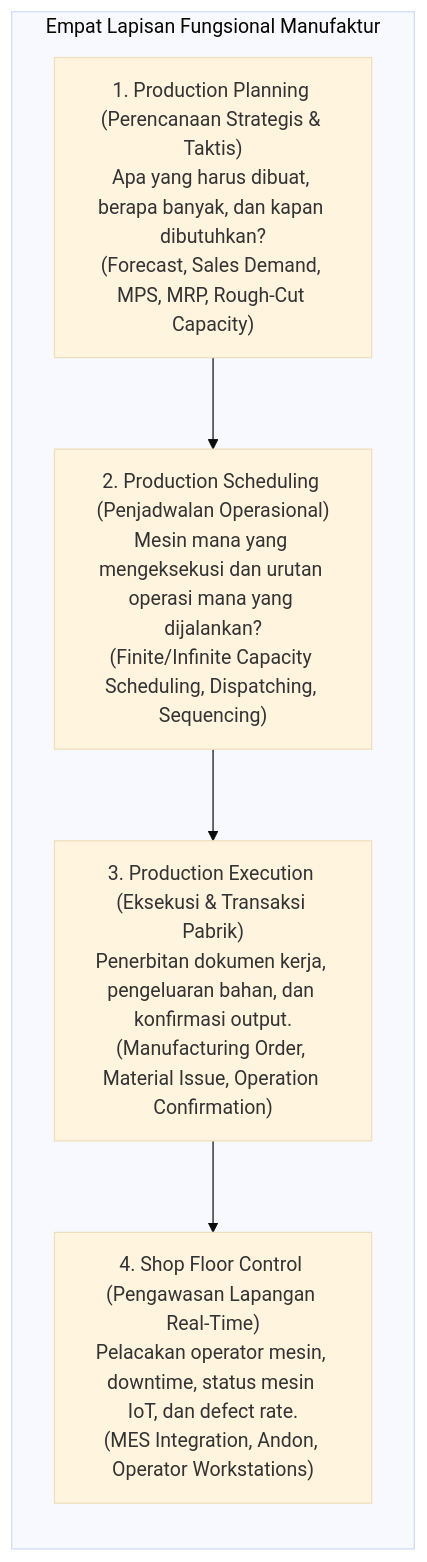
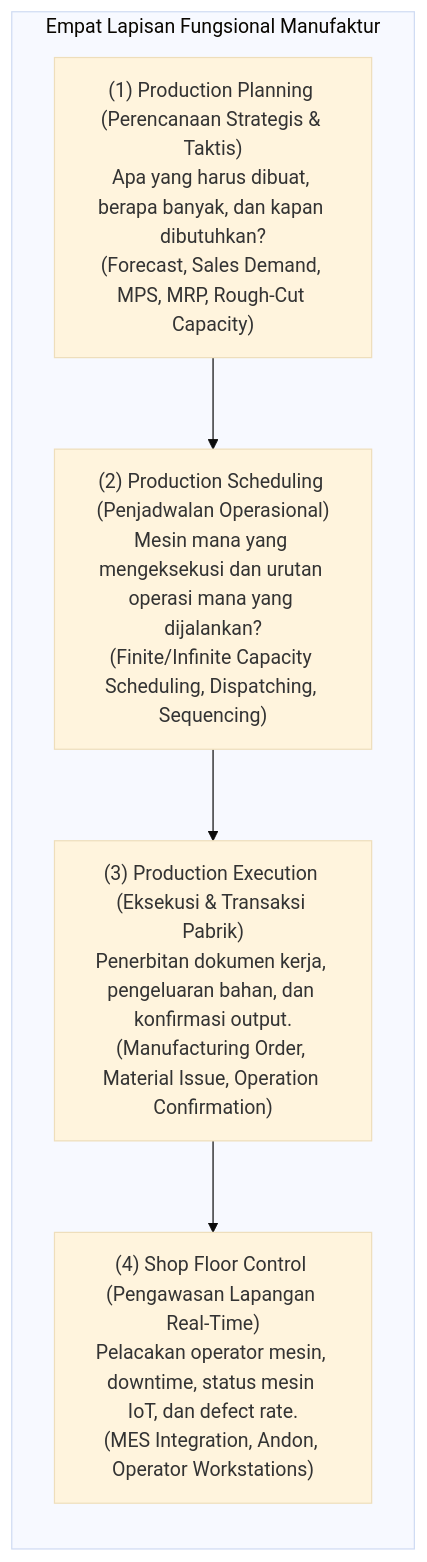
The first of 2 diagrams in content/06-manufacturing/manufacturing-fundamentals.md (alimurrofid/erp-notes), drawn with Mermaid (base theme) before and after one commit. The commit also changed 132 other files, not shown here.

````diff
--- a/content/06-manufacturing/manufacturing-fundamentals.md
+++ b/content/06-manufacturing/manufacturing-fundamentals.md
@@ -36,13 +36,13 @@
 ```mermaid
 flowchart TD
     subgraph Layers["Empat Lapisan Fungsional Manufaktur"]
         direction TB
-        L1["1. Production Planning (Perencanaan Strategis & Taktis)<br/>Apa yang harus dibuat, berapa banyak, dan kapan dibutuhkan?<br/>(Forecast, Sales Demand, MPS, MRP, Rough-Cut Capacity)"]
-        L2["2. Production Scheduling (Penjadwalan Operasional)<br/>Mesin mana yang mengeksekusi dan urutan operasi mana yang dijalankan?<br/>(Finite/Infinite Capacity Scheduling, Dispatching, Sequencing)"]
-        L3["3. Production Execution (Eksekusi & Transaksi Pabrik)<br/>Penerbitan dokumen kerja, pengeluaran bahan, dan konfirmasi output.<br/>(Manufacturing Order, Material Issue, Operation Confirmation)"]
-        L4["4. Shop Floor Control (Pengawasan Lapangan Real-Time)<br/>Pelacakan operator mesin, downtime, status mesin IoT, dan defect rate.<br/>(MES Integration, Andon, Operator Workstations)"]
+        L1["(1) Production Planning (Perencanaan Strategis & Taktis)<br/>Apa yang harus dibuat, berapa banyak, dan kapan dibutuhkan?<br/>(Forecast, Sales Demand, MPS, MRP, Rough-Cut Capacity)"]
+        L2["(2) Production Scheduling (Penjadwalan Operasional)<br/>Mesin mana yang mengeksekusi dan urutan operasi mana yang dijalankan?<br/>(Finite/Infinite Capacity Scheduling, Dispatching, Sequencing)"]
+        L3["(3) Production Execution (Eksekusi & Transaksi Pabrik)<br/>Penerbitan dokumen kerja, pengeluaran bahan, dan konfirmasi output.<br/>(Manufacturing Order, Material Issue, Operation Confirmation)"]
+        L4["(4) Shop Floor Control (Pengawasan Lapangan Real-Time)<br/>Pelacakan operator mesin, downtime, status mesin IoT, dan defect rate.<br/>(MES Integration, Andon, Operator Workstations)"]
     end
     L1 --> L2
     L2 --> L3
     L3 --> L4
 ```
````
